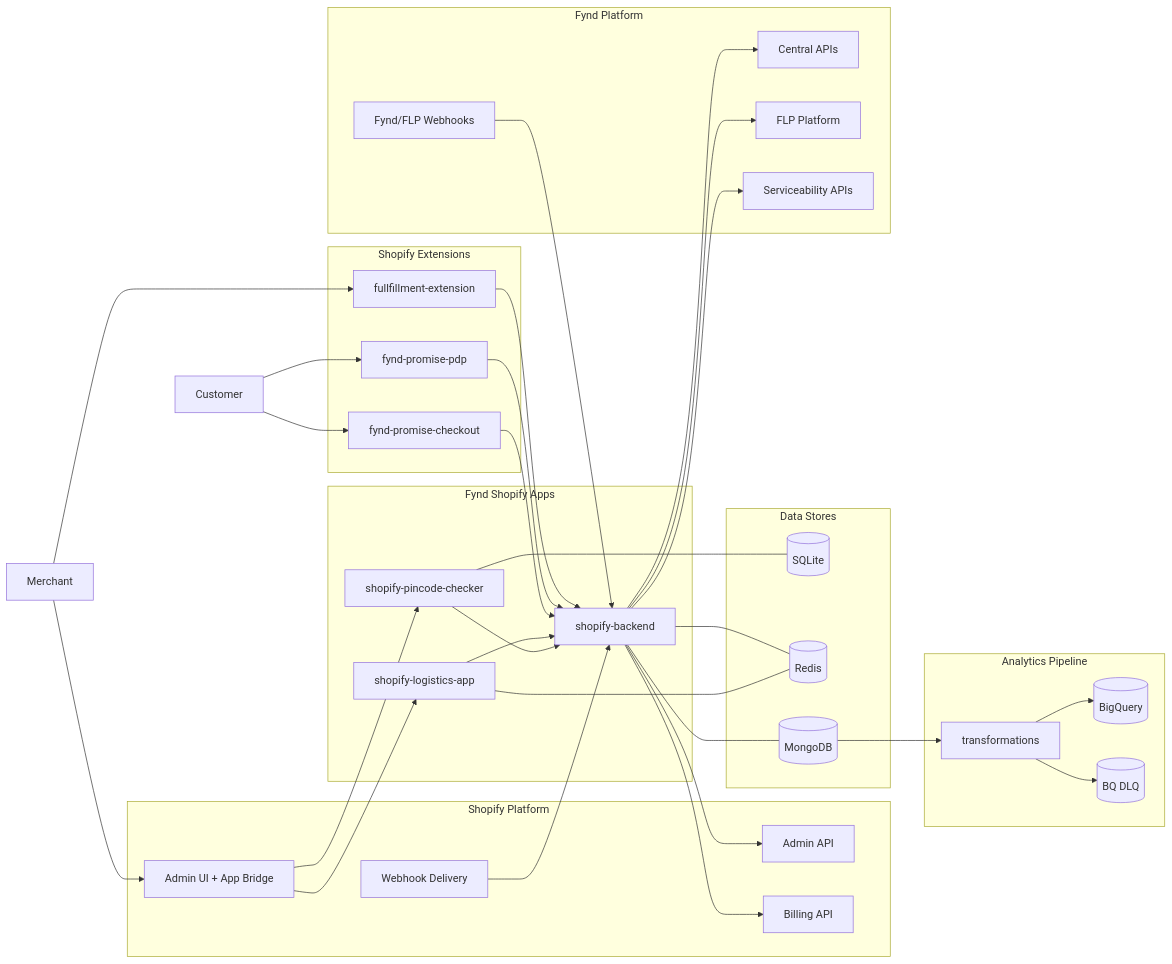
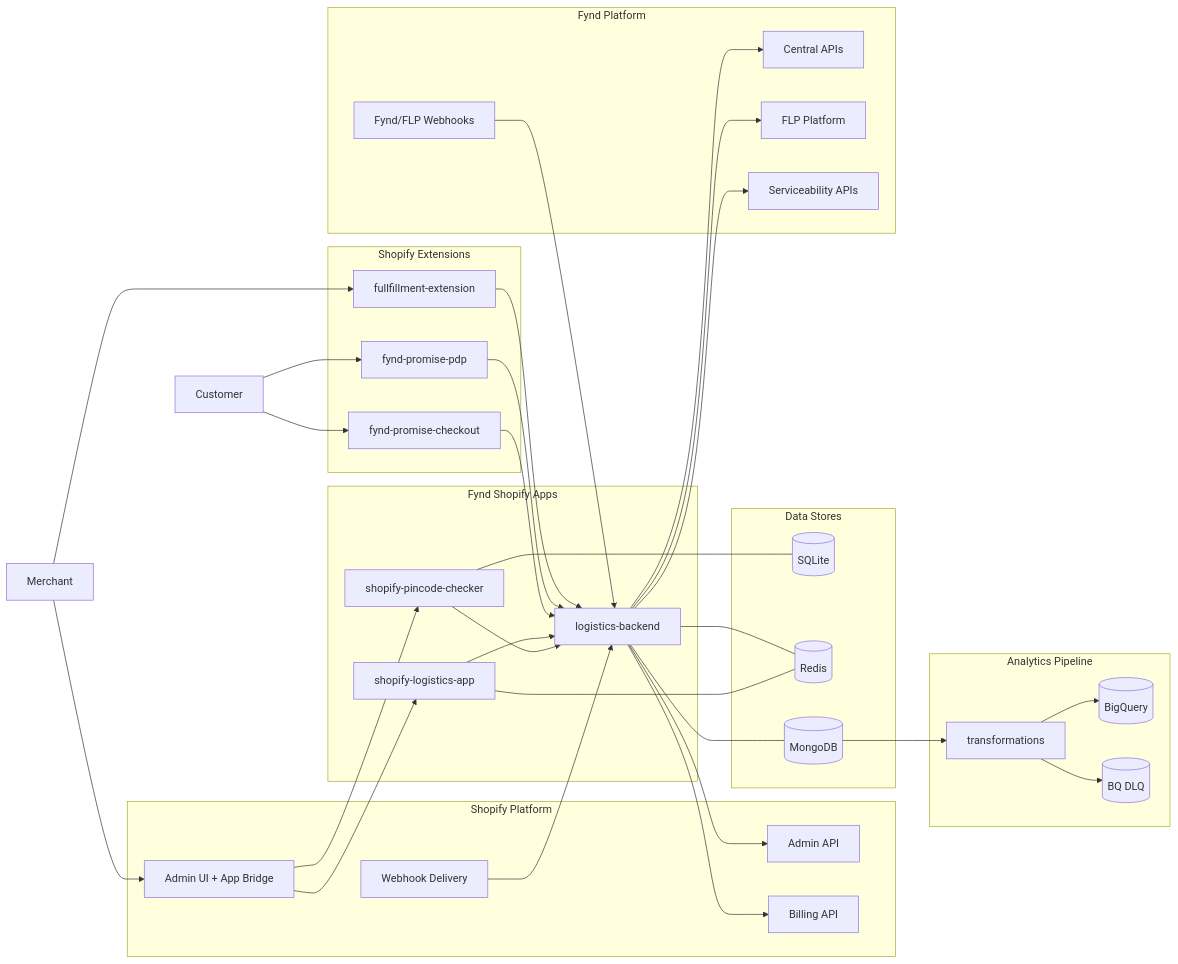
The first of 6 diagrams in docs/00-overview/ecosystem-map.md (princesaliya4922/fynd-logistics-docs), drawn with Mermaid before and after one commit. The commit also changed other lines of this file and 6 other files, not shown here.

Commit message:
Update documentation in Fynd Shopify ecosystem: standardize references to 'backend' across various diagrams and sequences, replacing 'shopify-backend' for consistency and clarity in architecture and flow descriptions.

````diff
--- a/docs/00-overview/ecosystem-map.md
+++ b/docs/00-overview/ecosystem-map.md
@@ -18,71 +18,71 @@
 ```mermaid
 flowchart LR
     Merchant[Merchant]
     Customer[Customer]
 
     subgraph Shopify[Shopify Platform]
         Admin[Admin UI + App Bridge]
         AdminAPI[Admin API]
         BillingAPI[Billing API]
         Webhooks[Webhook Delivery]
     end
 
     subgraph Apps[Fynd Shopify Apps]
         Promise[shopify-pincode-checker]
         Logistics[shopify-logistics-app]
-        Backend[shopify-backend]
+        Backend[logistics-backend]
     end
 
     subgraph Ext[Shopify Extensions]
         Checkout[fynd-promise-checkout]
         PDP[fynd-promise-pdp]
         OrderBlock[fullfillment-extension]
     end
 
     subgraph Data[Data Stores]
         SQLite[(SQLite)]
         Redis[(Redis)]
         Mongo[(MongoDB)]
     end
 
     subgraph Fynd[Fynd Platform]
         Central[Central APIs]
         FLP[FLP Platform]
         Serviceability[Serviceability APIs]
         FyndHooks[Fynd/FLP Webhooks]
     end
 
     subgraph Analytics[Analytics Pipeline]
         Transform[transformations]
         BQ[(BigQuery)]
         DLQ[(BQ DLQ)]
     end
 
     Merchant --> Admin
     Admin --> Promise
     Admin --> Logistics
     Customer --> Checkout
     Customer --> PDP
     Merchant --> OrderBlock
 
     Promise --> Backend
     Logistics --> Backend
     Checkout --> Backend
     PDP --> Backend
     OrderBlock --> Backend
 
     Webhooks --> Backend
     Backend --> AdminAPI
     Backend --> BillingAPI
     Backend --> Central
     Backend --> FLP
     Backend --> Serviceability
     FyndHooks --> Backend
 
     Promise --- SQLite
     Logistics --- Redis
     Backend --- Redis
     Backend --- Mongo
     Mongo --> Transform --> BQ
     Transform --> DLQ
 ```
````
